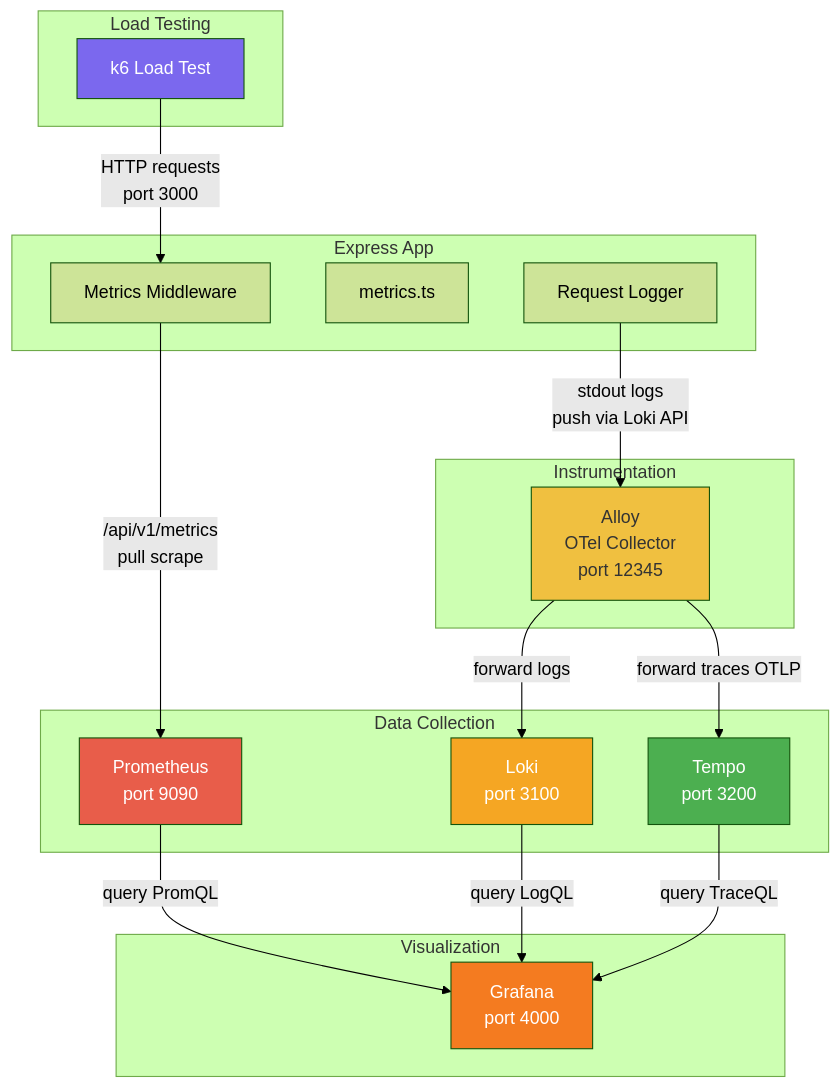
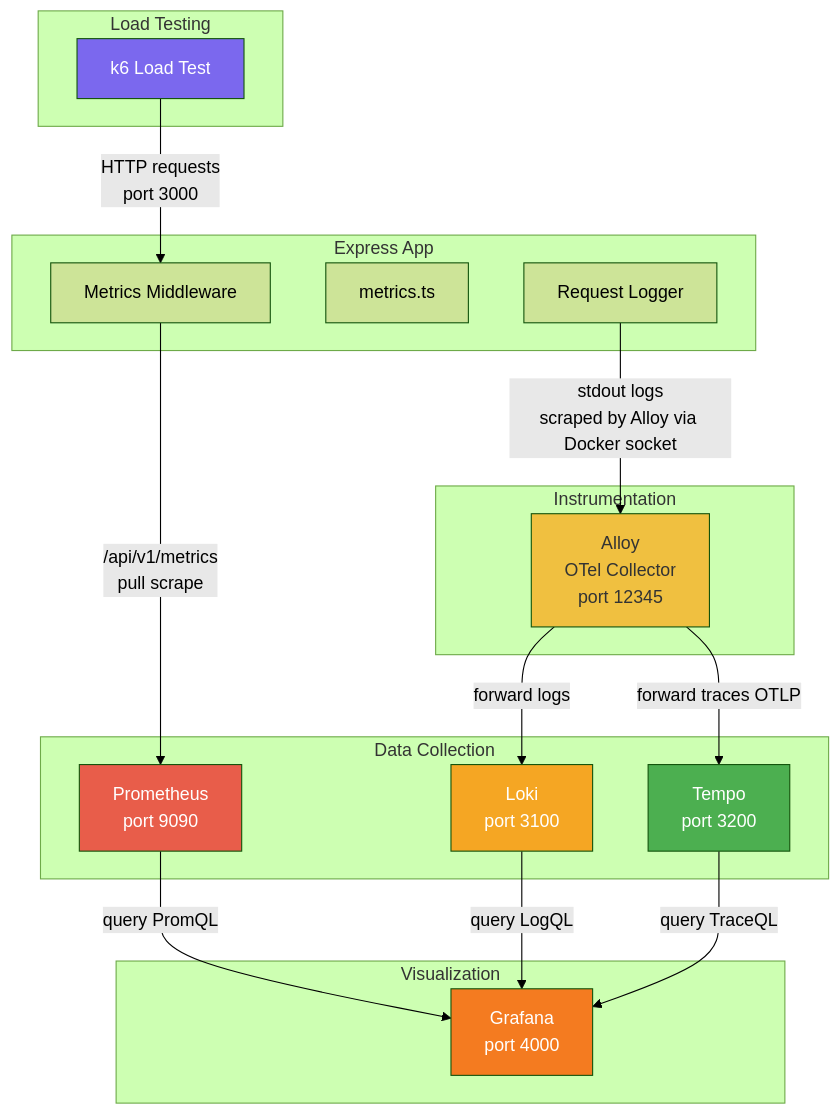
The first of 3 diagrams in docs/monitoring-stack.md (helmipradita/belajar-typescript-restful-api), drawn with Mermaid (forest theme) before and after one commit. The commit also changed other lines of this file and 8 other files, not shown here.

````diff
--- a/docs/monitoring-stack.md
+++ b/docs/monitoring-stack.md
@@ -7,44 +7,44 @@
 ```mermaid
 graph TB
     subgraph Express App
         MW[Metrics Middleware]
         MM[metrics.ts]
         RL[Request Logger]
     end
 
     subgraph Data Collection
         P[Prometheus<br/>port 9090]
         L[Loki<br/>port 3100]
         T[Tempo<br/>port 3200]
     end
 
     subgraph Instrumentation
         AL[Alloy<br/>OTel Collector<br/>port 12345]
     end
 
     subgraph Visualization
         GF[Grafana<br/>port 4000]
     end
 
     subgraph Load Testing
         K6[k6 Load Test]
     end
 
     MW -->|/api/v1/metrics<br/>pull scrape| P
-    RL -->|stdout logs<br/>push via Loki API| AL
+    RL -->|stdout logs<br/>scraped by Alloy via Docker socket| AL
     AL -->|forward logs| L
     AL -->|forward traces OTLP| T
 
     P -->|query PromQL| GF
     L -->|query LogQL| GF
     T -->|query TraceQL| GF
 
     K6 -->|HTTP requests<br/>port 3000| MW
 
     style P fill:#e85d4a,color:#fff
     style L fill:#f5a623,color:#fff
     style T fill:#4caf50,color:#fff
     style GF fill:#f47b20,color:#fff
     style AL fill:#f0c040,color:#333
     style K6 fill:#7b68ee,color:#fff
 ```
````
